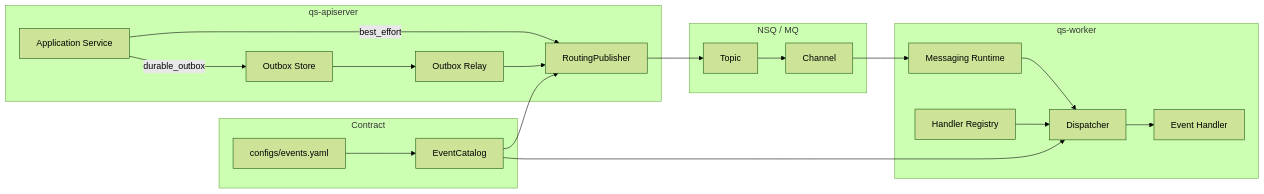
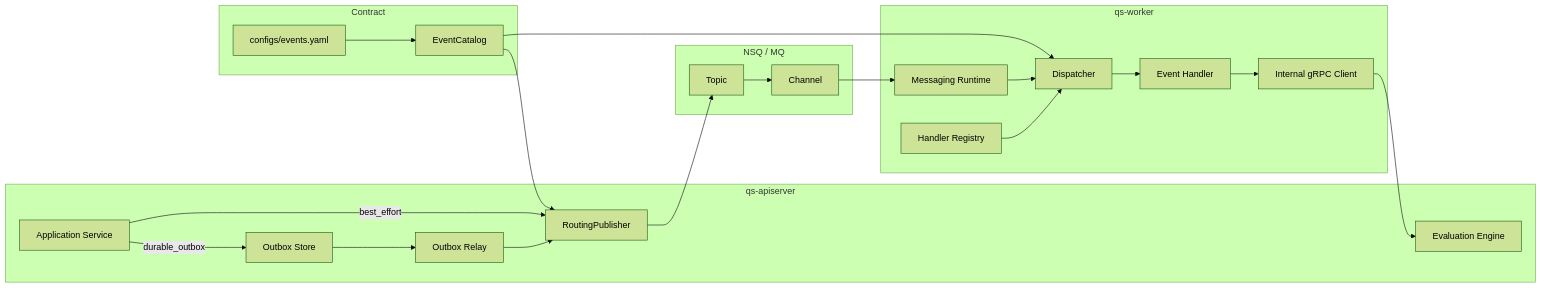
The first of 2 diagrams in docs/06-宣讲/05-事件与Outbox讲法.md (FangcunMount/qs-server), drawn with Mermaid (forest theme) before and after one commit. The commit also changed other lines of this file and 25 other files, not shown here.

````diff
--- a/docs/06-宣讲/05-事件与Outbox讲法.md
+++ b/docs/06-宣讲/05-事件与Outbox讲法.md
@@ -72,34 +147,36 @@
 ```mermaid
 flowchart LR
     subgraph Contract["Contract"]
-        yaml["configs/events.yaml"]
-        catalog["EventCatalog"]
+        YAML["configs/events.yaml"]
+        Catalog["EventCatalog"]
     end
 
     subgraph API["qs-apiserver"]
-        app["Application Service"]
-        publisher["RoutingPublisher"]
-        outbox["Outbox Store"]
-        relay["Outbox Relay"]
+        App["Application Service"]
+        Publisher["RoutingPublisher"]
+        Outbox["Outbox Store"]
+        Relay["Outbox Relay"]
+        Eval["Evaluation Engine"]
     end
 
     subgraph MQ["NSQ / MQ"]
-        topic["Topic"]
-        channel["Channel"]
+        Topic["Topic"]
+        Channel["Channel"]
     end
 
     subgraph Worker["qs-worker"]
-        runtime["Messaging Runtime"]
-        dispatcher["Dispatcher"]
-        registry["Handler Registry"]
-        handler["Event Handler"]
+        Runtime["Messaging Runtime"]
+        Dispatcher["Dispatcher"]
+        Registry["Handler Registry"]
+        Handler["Event Handler"]
+        InternalClient["Internal gRPC Client"]
     end
 
-    app -->|best_effort| publisher
-    app -->|durable_outbox| outbox
-    outbox --> relay --> publisher
-    yaml --> catalog --> publisher
-    catalog --> dispatcher
-    publisher --> topic --> channel --> runtime --> dispatcher --> handler
-    registry --> dispatcher
+    YAML --> Catalog --> Publisher
+    Catalog --> Dispatcher
+    App -->|best_effort| Publisher
+    App -->|durable_outbox| Outbox
+    Outbox --> Relay --> Publisher
+    Publisher --> Topic --> Channel --> Runtime --> Dispatcher --> Handler --> InternalClient --> Eval
+    Registry --> Dispatcher
 ```
````
